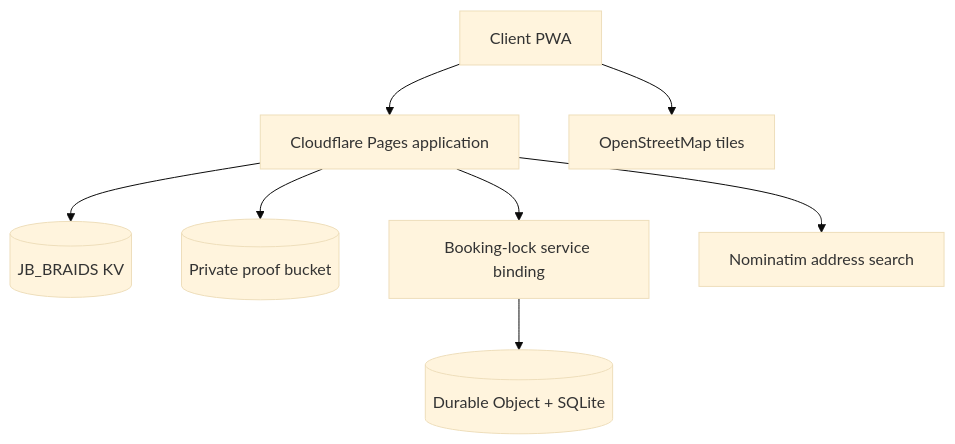
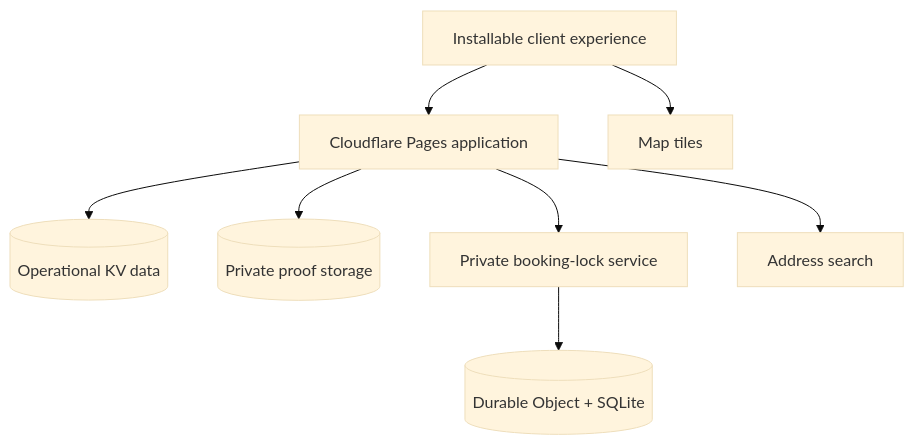
The diagram in ARCHITECTURE.md (freeman-ipumbu/jb-braids-case-study), drawn with Mermaid (base theme) before and after one commit. The commit also changed other lines of this file and 5 other files, not shown here.

````diff
--- a/ARCHITECTURE.md
+++ b/ARCHITECTURE.md
@@ -5,10 +7,10 @@
 ```mermaid
 flowchart TB
-    U[Client PWA] --> P[Cloudflare Pages application]
-    P --> KV[(JB_BRAIDS KV)]
-    P --> R2[(Private proof bucket)]
-    P --> S[Booking-lock service binding]
+    U[Installable client experience] --> P[Cloudflare Pages application]
+    P --> KV[(Operational KV data)]
+    P --> R2[(Private proof storage)]
+    P --> S[Private booking-lock service]
     S --> DO[(Durable Object + SQLite)]
-    P --> N[Nominatim address search]
-    U --> O[OpenStreetMap tiles]
+    P --> N[Address search]
+    U --> O[Map tiles]
 ```
````
